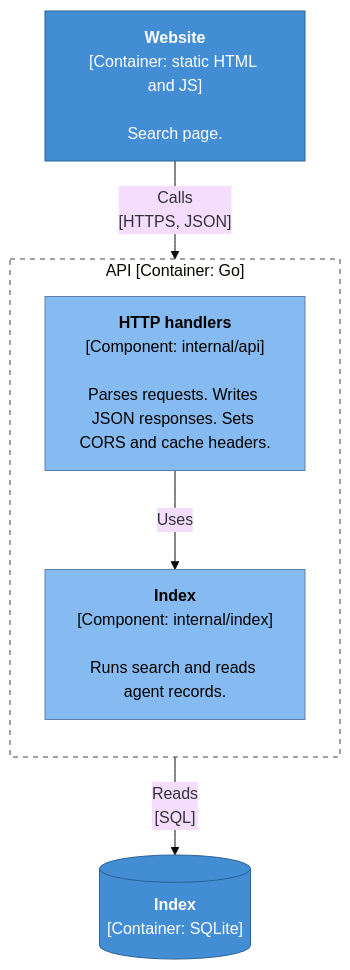
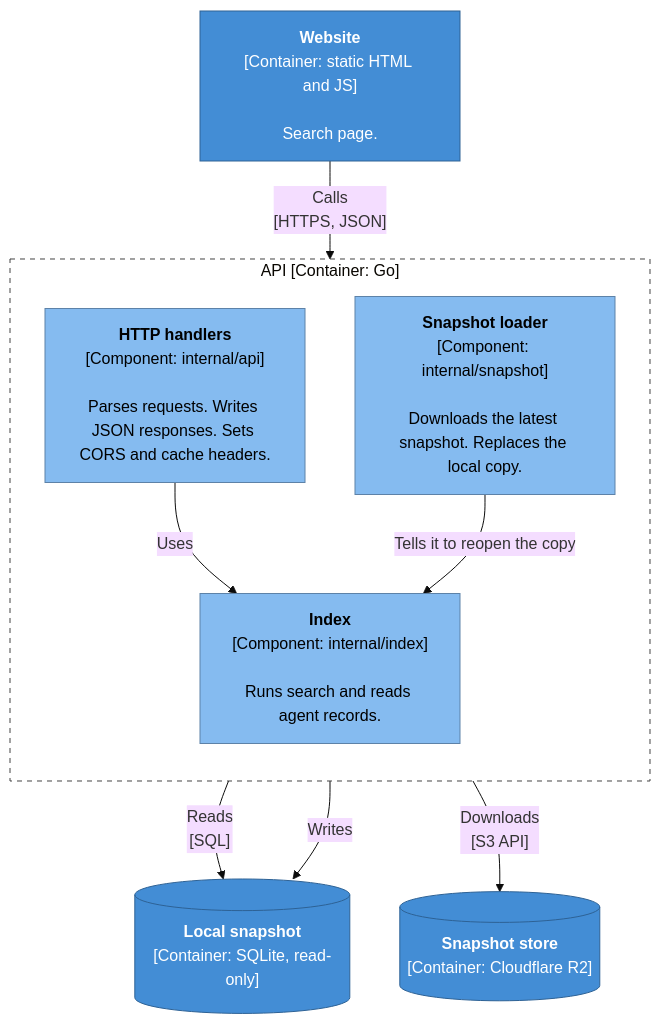
Before and after one commit to sbOogway/openagentindex: the fourth of 6 diagrams in spec.md, drawn with Mermaid (base theme). The commit also changed other lines of this file, not shown here.

````diff
--- a/spec.md
+++ b/spec.md
@@ -153,25 +168,30 @@
 ```mermaid
 flowchart TB
   web["<b>Website</b><br/>[Container: static HTML and JS]<br/><br/>Search page."]
 
   subgraph apiBoundary["API [Container: Go]"]
     direction TB
   handlers["<b>HTTP handlers</b><br/>[Component: internal/api]<br/><br/>Parses requests. Writes JSON responses. Sets CORS and cache headers."]
   index["<b>Index</b><br/>[Component: internal/index]<br/><br/>Runs search and reads agent records."]
+  loader["<b>Snapshot loader</b><br/>[Component: internal/snapshot]<br/><br/>Downloads the latest snapshot. Replaces the local copy."]
   end
 
-  db[("<b>Index</b><br/>[Container: SQLite]")]
+  copy[("<b>Local snapshot</b><br/>[Container: SQLite, read-only]")]
+  r2[("<b>Snapshot store</b><br/>[Container: Cloudflare R2]")]
 
   web -- "Calls<br/>[HTTPS, JSON]" --> handlers
   handlers -- "Uses" --> index
-  index -- "Reads<br/>[SQL]" --> db
+  index -- "Reads<br/>[SQL]" --> copy
+  loader -- "Downloads<br/>[S3 API]" --> r2
+  loader -- "Writes" --> copy
+  loader -- "Tells it to reopen the copy" --> index
 
   classDef person fill:#08427b,stroke:#052e56,color:#fff
   classDef system fill:#1168bd,stroke:#0b4884,color:#fff
   classDef external fill:#999999,stroke:#6b6b6b,color:#fff
   classDef container fill:#438dd5,stroke:#2e6295,color:#fff
   classDef component fill:#85bbf0,stroke:#5d82a8,color:#000
-  class handlers,index component
-  class web,db container
+  class handlers,index,loader component
+  class web,copy,r2 container
   style apiBoundary fill:none,stroke:#444,stroke-dasharray:5 5
 ```
````
